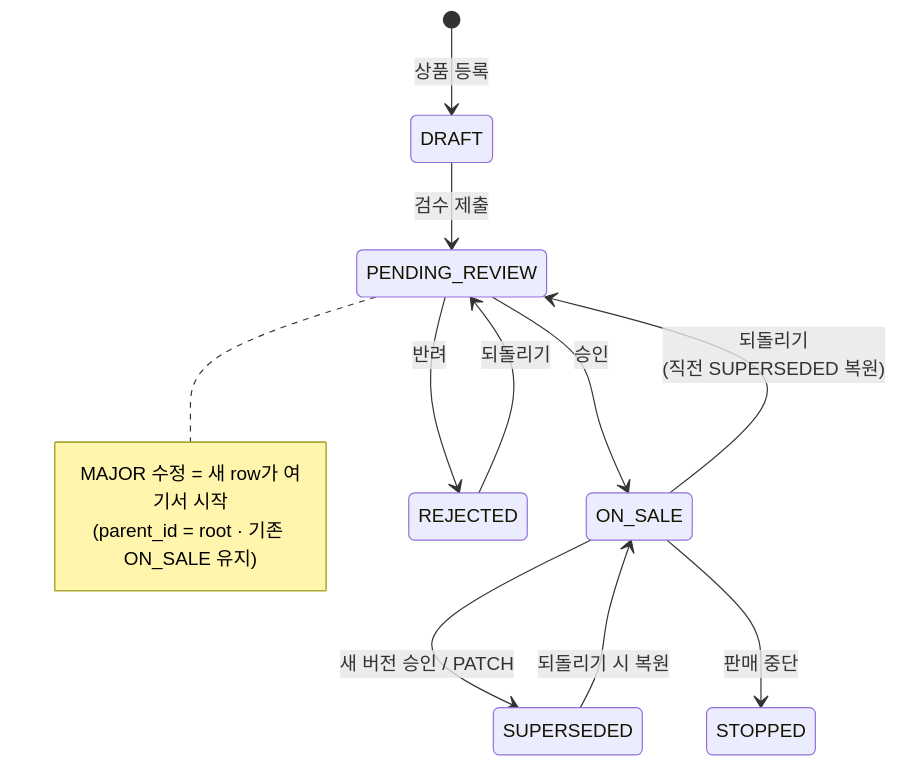
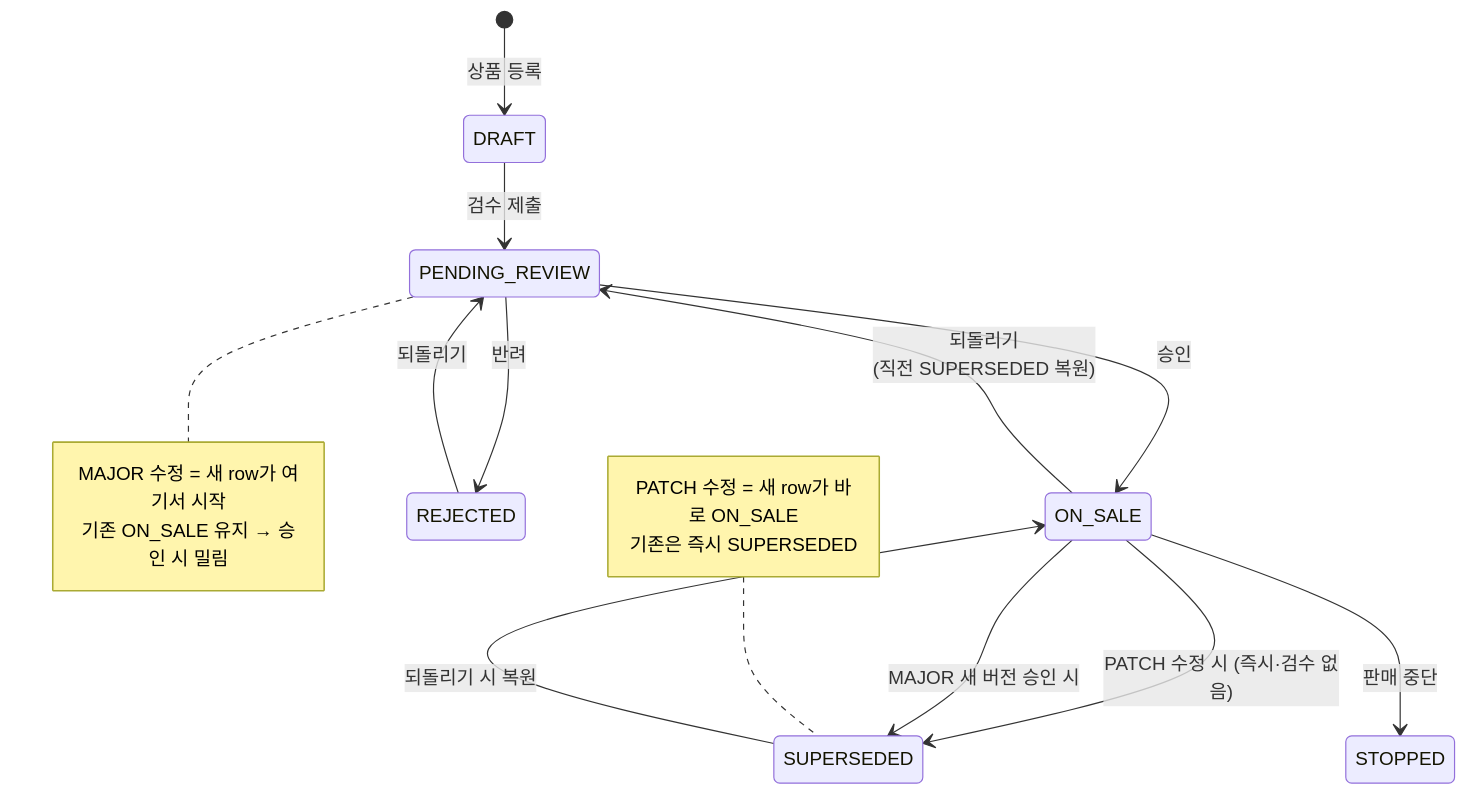
The second of 3 diagrams in content/prompthub/decisions/product-service/product-version-history-row-chain.mdx (jhkimm96/jihee-portfolio), drawn with Mermaid before and after one commit.

Commit message:
decision: 버전 이력 상태도에서 PATCH·MAJOR supersede 경로 분리

````diff
--- a/content/prompthub/decisions/product-service/product-version-history-row-chain.mdx
+++ b/content/prompthub/decisions/product-service/product-version-history-row-chain.mdx
@@ -74,15 +74,19 @@
 ```mermaid
 stateDiagram-v2
     [*] --> DRAFT: 상품 등록
     DRAFT --> PENDING_REVIEW: 검수 제출
     PENDING_REVIEW --> ON_SALE: 승인
     PENDING_REVIEW --> REJECTED: 반려
     REJECTED --> PENDING_REVIEW: 되돌리기
     ON_SALE --> PENDING_REVIEW: 되돌리기<br/>(직전 SUPERSEDED 복원)
-    ON_SALE --> SUPERSEDED: 새 버전 승인 / PATCH
+    ON_SALE --> SUPERSEDED: PATCH 수정 시 (즉시·검수 없음)
+    ON_SALE --> SUPERSEDED: MAJOR 새 버전 승인 시
     SUPERSEDED --> ON_SALE: 되돌리기 시 복원
     ON_SALE --> STOPPED: 판매 중단
     note right of PENDING_REVIEW
-      MAJOR 수정 = 새 row가 여기서 시작<br/>(parent_id = root · 기존 ON_SALE 유지)
+      MAJOR 수정 = 새 row가 여기서 시작<br/>기존 ON_SALE 유지 → 승인 시 밀림
+    end note
+    note left of SUPERSEDED
+      PATCH 수정 = 새 row가 바로 ON_SALE<br/>기존은 즉시 SUPERSEDED
     end note
 ```
````
